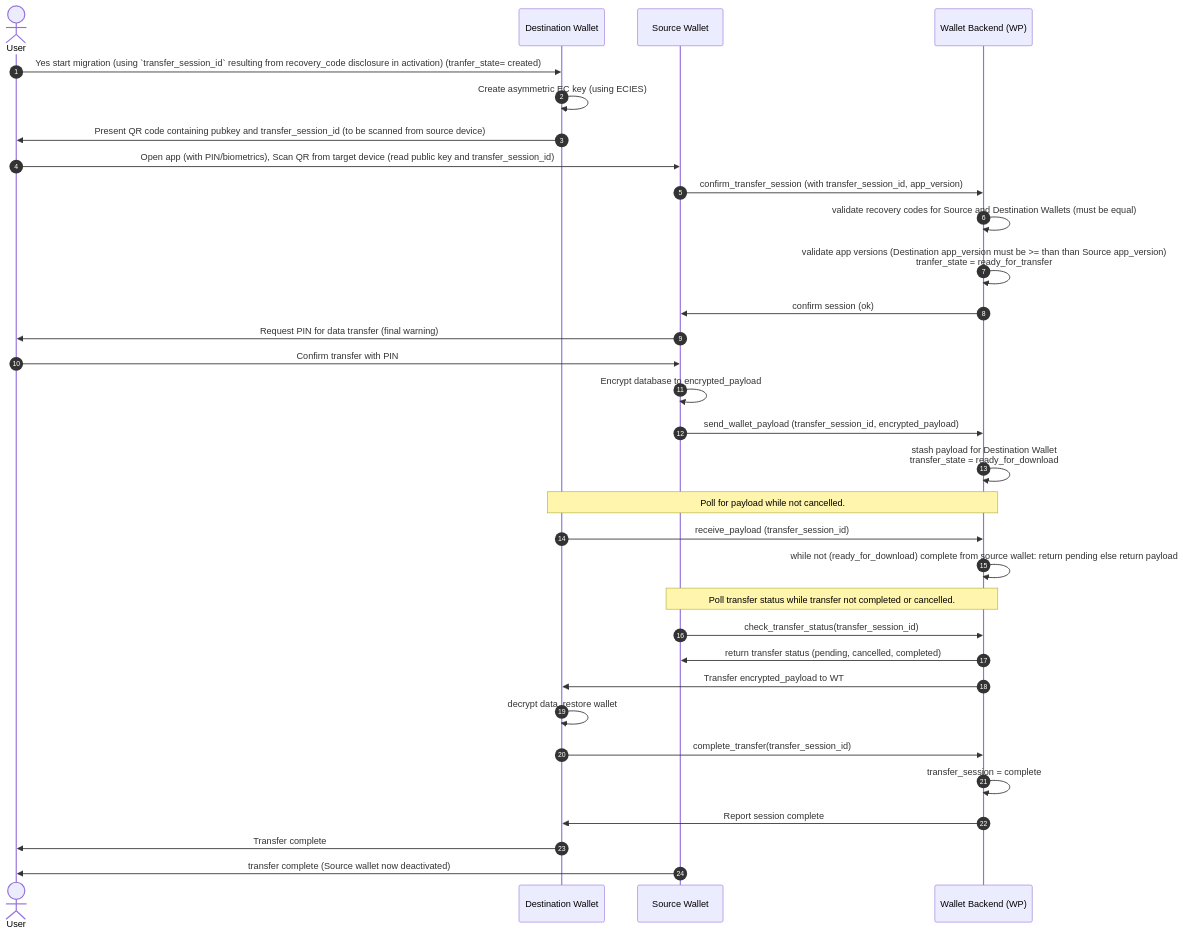
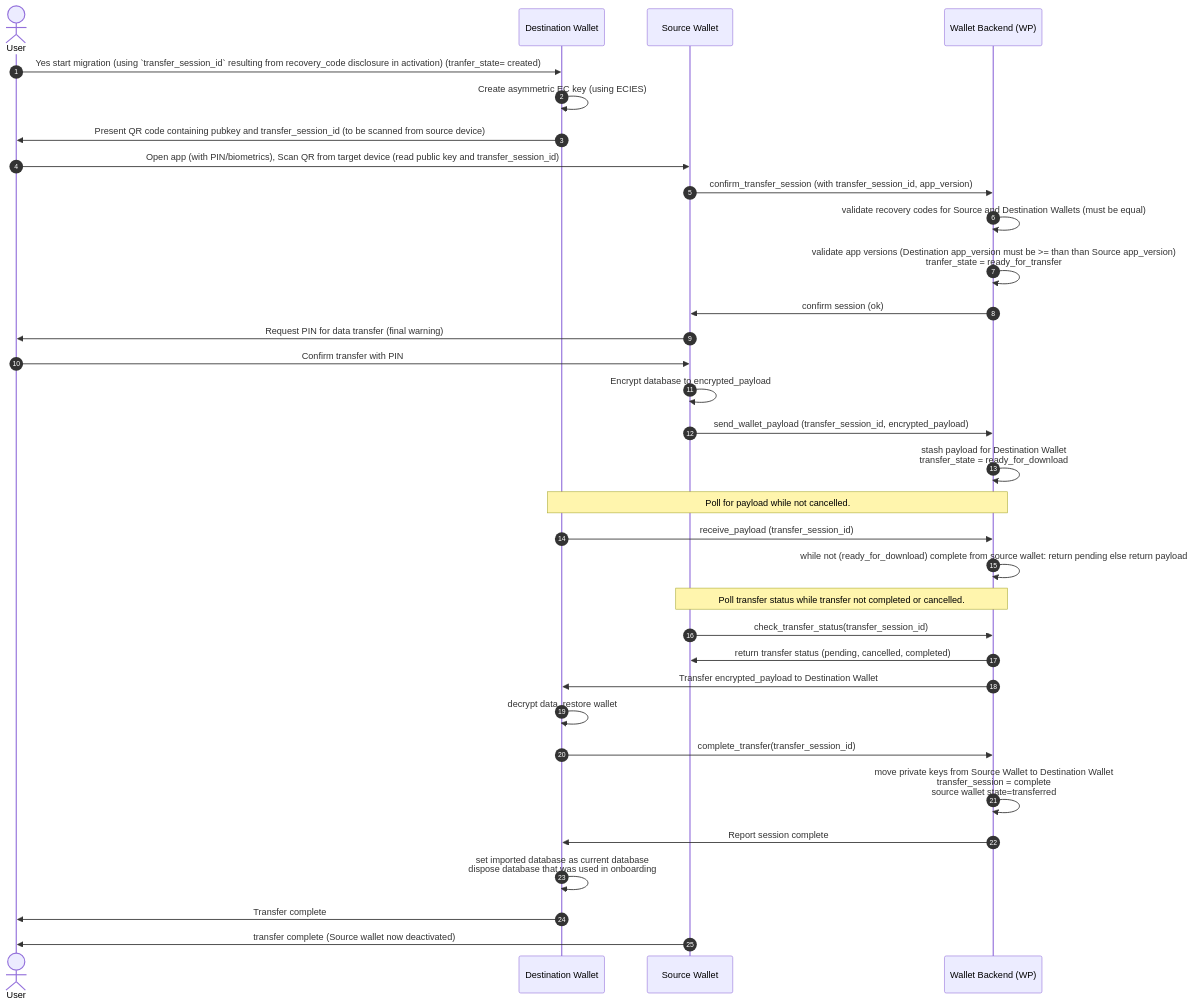
One commit to MinBZK/nl-wallet changed the diagram in wallet_docs/architecture/use-cases/wallet_device_transfer_flow.md. Above: the diagram before and after it, drawn with Mermaid. The commit also changed other lines of this file and 2 other files, not shown here.

````diff
--- a/wallet_docs/architecture/use-cases/wallet_device_transfer_flow.md
+++ b/wallet_docs/architecture/use-cases/wallet_device_transfer_flow.md
@@ -6,37 +6,38 @@
 ```{mermaid}
 sequenceDiagram
     autonumber
 
     actor User
     participant WT as Destination Wallet
     participant WS as Source Wallet
     participant WP as Wallet Backend (WP)
 
     User ->> WT: Yes start migration (using `transfer_session_id` resulting from recovery_code disclosure in activation) (tranfer_state= created)
     WT ->> WT: Create asymmetric EC key (using ECIES)
     WT ->> User: Present QR code containing pubkey and transfer_session_id (to be scanned from source device)
     User ->> WS: Open app (with PIN/biometrics), Scan QR from target device (read public key and transfer_session_id)
     WS ->> WP: confirm_transfer_session (with transfer_session_id, app_version)
     WP ->> WP: validate recovery codes for Source and Destination Wallets (must be equal)
     WP ->> WP: validate app versions (Destination app_version must be >= than than Source app_version) <br/>tranfer_state = ready_for_transfer
     WP ->> WS: confirm session (ok)
     WS ->> User: Request PIN for data transfer (final warning)
     User ->> WS: Confirm transfer with PIN
     WS ->> WS: Encrypt database to encrypted_payload
     WS ->> WP: send_wallet_payload (transfer_session_id, encrypted_payload)
     WP ->> WP: stash payload for Destination Wallet<br/>transfer_state = ready_for_download
     note over WT, WP: Poll for payload while not cancelled.
     WT ->> WP: receive_payload (transfer_session_id)
     WP ->> WP: while not (ready_for_download) complete from source wallet: return pending else return payload
     note over WS, WP: Poll transfer status while transfer not completed or cancelled.
     WS ->> WP: check_transfer_status(transfer_session_id)  
     WP ->> WS: return transfer status (pending, cancelled, completed)  
-    WP ->> WT: Transfer encrypted_payload to WT
+    WP ->> WT: Transfer encrypted_payload to Destination Wallet
     WT ->> WT: decrypt data, restore wallet
     WT ->> WP: complete_transfer(transfer_session_id) 
-    WP ->> WP: transfer_session = complete
+    WP ->> WP: move private keys from Source Wallet to Destination Wallet<br/>transfer_session = complete<br/>source wallet state=transferred
     WP ->> WT: Report session complete
+    WT ->> WT: set imported database as current database<br/>dispose database that was used in onboarding
     WT ->> User: Transfer complete
     WS ->> User: transfer complete (Source wallet now deactivated)
    
 ```
````
